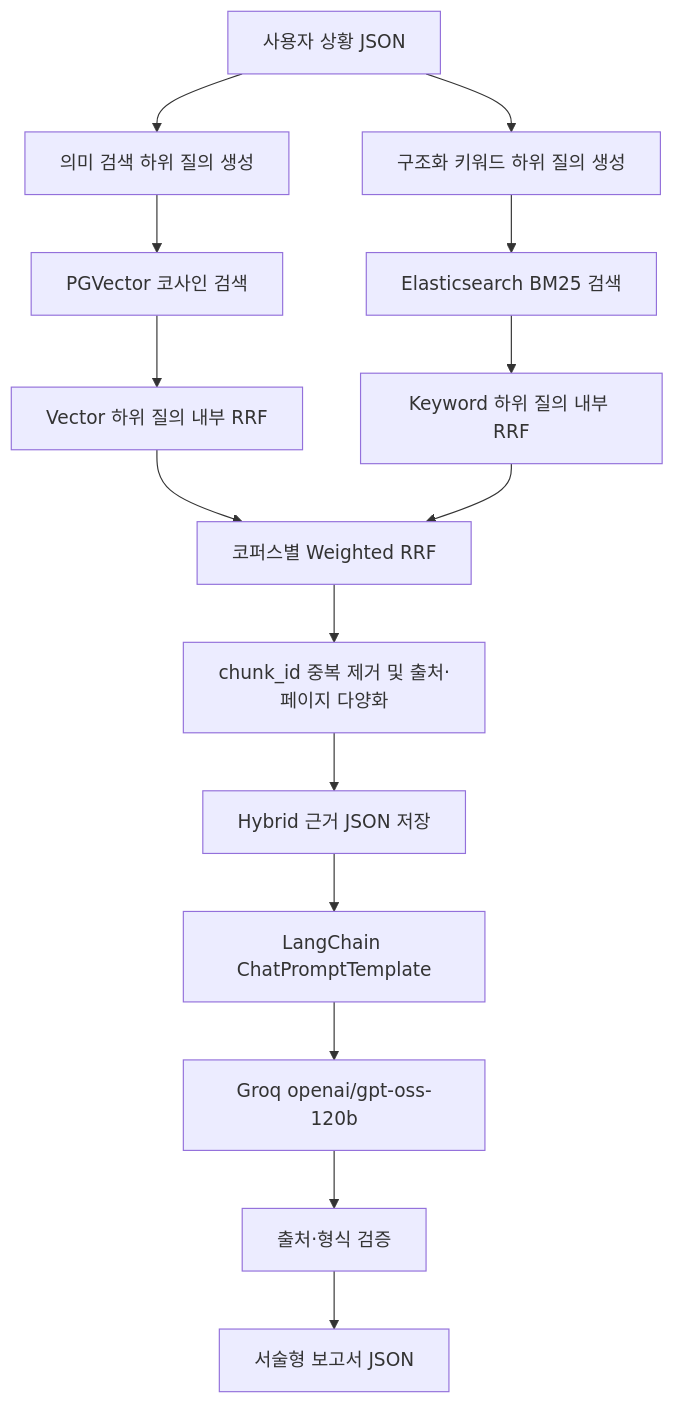
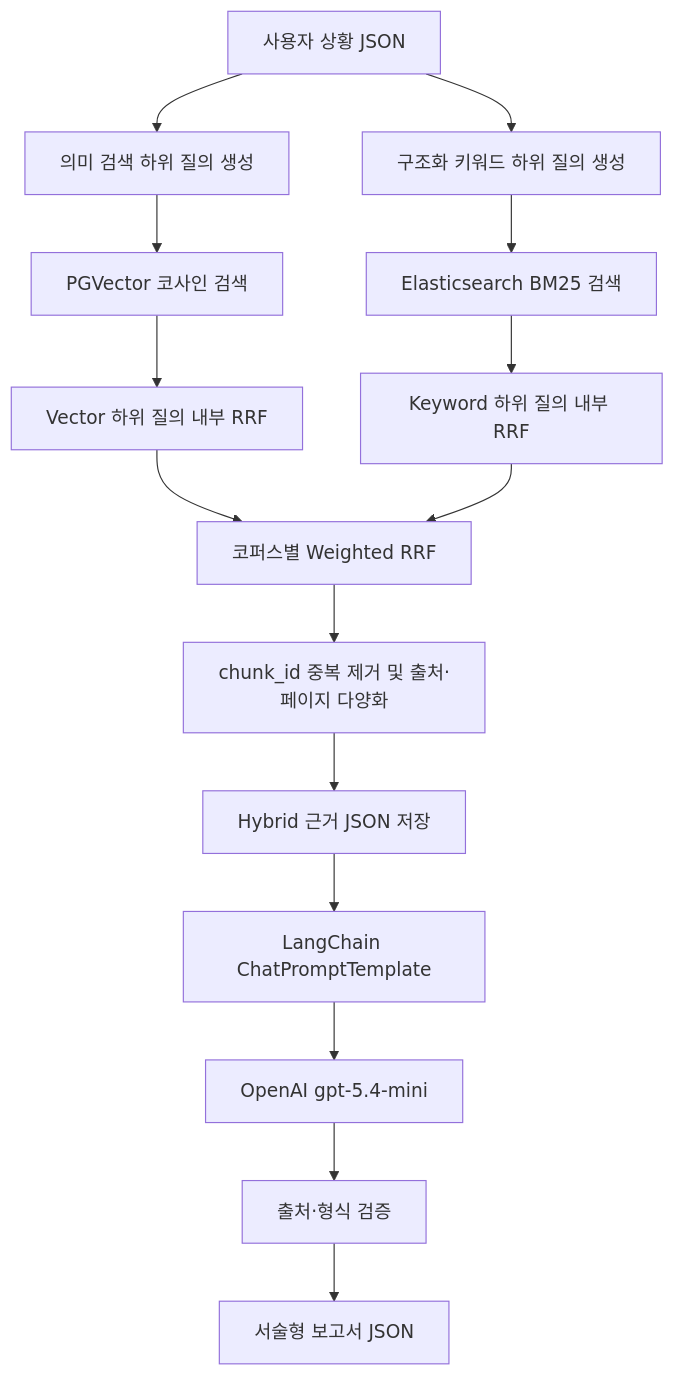
Before and after one commit to hjoo10200/RAG-personal-project: the diagram in docs/reports/HYBRID_RAG_PIPELINE.md, drawn with Mermaid. The commit also changed other lines of this file and 16 other files, not shown here.

````diff
--- a/docs/reports/HYBRID_RAG_PIPELINE.md
+++ b/docs/reports/HYBRID_RAG_PIPELINE.md
@@ -59,21 +59,21 @@
 ```mermaid
 flowchart TD
     INPUT["사용자 상황 JSON"] --> VQ["의미 검색 하위 질의 생성"]
     INPUT --> KQ["구조화 키워드 하위 질의 생성"]
 
     VQ --> PG["PGVector 코사인 검색"]
     KQ --> ES["Elasticsearch BM25 검색"]
 
     PG --> VRRF["Vector 하위 질의 내부 RRF"]
     ES --> KRRF["Keyword 하위 질의 내부 RRF"]
 
     VRRF --> HRRF["코퍼스별 Weighted RRF"]
     KRRF --> HRRF
 
     HRRF --> DEDUP["chunk_id 중복 제거 및 출처·페이지 다양화"]
     DEDUP --> EVIDENCE["Hybrid 근거 JSON 저장"]
     EVIDENCE --> LC["LangChain ChatPromptTemplate"]
-    LC --> GROQ["Groq openai/gpt-oss-120b"]
-    GROQ --> VALIDATE["출처·형식 검증"]
+    LC --> OPENAI["OpenAI gpt-5.4-mini"]
+    OPENAI --> VALIDATE["출처·형식 검증"]
     VALIDATE --> REPORT["서술형 보고서 JSON"]
 ```
````
